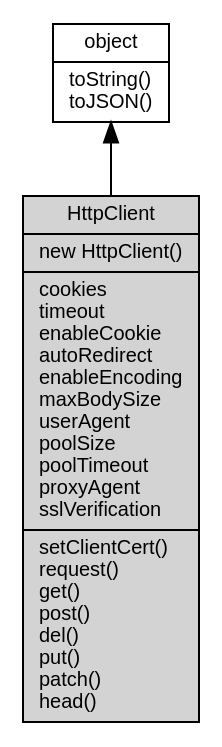
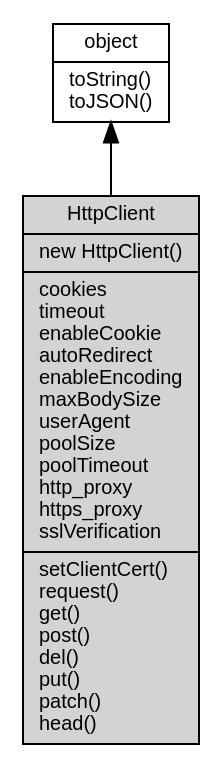
The diagram in docs/manual/object/ifs/HttpClient.md (fibjs/fibjs.org), drawn with Graphviz before and after one commit. The commit also changed other lines of this file and 41 other files, not shown here.

````diff
--- a/docs/manual/object/ifs/HttpClient.md
+++ b/docs/manual/object/ifs/HttpClient.md
@@ -14,10 +14,10 @@
 ```dot
 digraph {
     node [fontname="Helvetica,sans-Serif", fontsize=10, shape="record", style="filled", fillcolor="white"];
 
     object [tooltip="object", URL="object.md", label="{object|toString()\ltoJSON()\l}"];
-    HttpClient [tooltip="HttpClient", fillcolor="lightgray", id="me", label="{HttpClient|new HttpClient()\l|cookies\ltimeout\lenableCookie\lautoRedirect\lenableEncoding\lmaxBodySize\luserAgent\lpoolSize\lpoolTimeout\lproxyAgent\lsslVerification\l|setClientCert()\lrequest()\lget()\lpost()\ldel()\lput()\lpatch()\lhead()\l}"];
+    HttpClient [tooltip="HttpClient", fillcolor="lightgray", id="me", label="{HttpClient|new HttpClient()\l|cookies\ltimeout\lenableCookie\lautoRedirect\lenableEncoding\lmaxBodySize\luserAgent\lpoolSize\lpoolTimeout\lhttp_proxy\lhttps_proxy\lsslVerification\l|setClientCert()\lrequest()\lget()\lpost()\ldel()\lput()\lpatch()\lhead()\l}"];
 
     object -> HttpClient [dir=back];
 }
 ```
````
